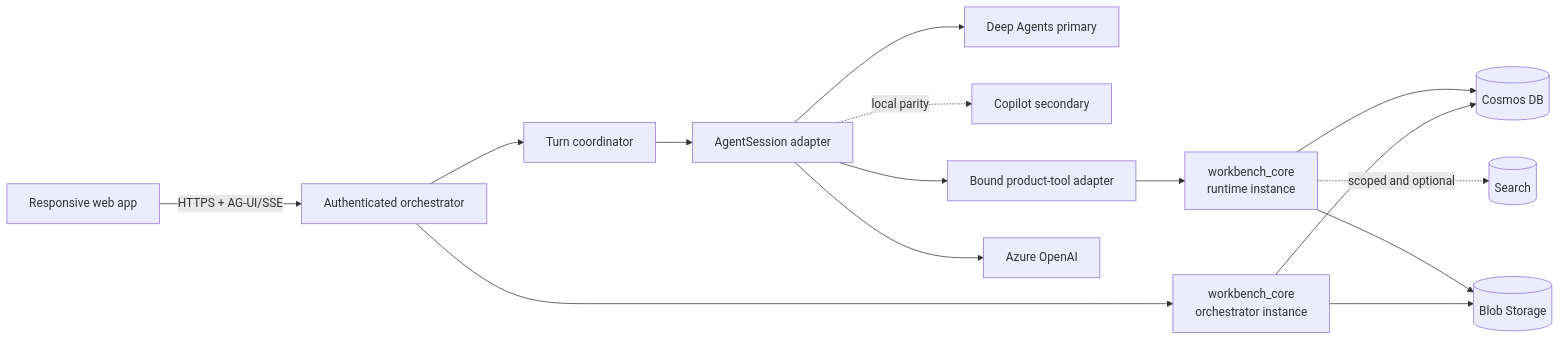
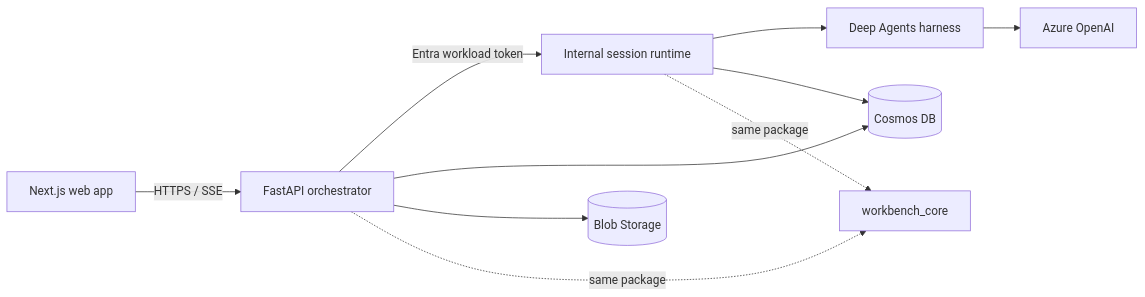
The diagram in docs/design.md (DanGiannone1/personal-assistant-agent-harness), drawn with Mermaid before and after one commit. The commit also changed other lines of this file and 19 other files, not shown here.

````diff
--- a/docs/design.md
+++ b/docs/design.md
@@ -151,17 +132,12 @@
 ```mermaid
 flowchart LR
-    B[Responsive web app] -->|HTTPS + AG-UI/SSE| O[Authenticated orchestrator]
-    O --> C[Turn coordinator]
-    O --> AO[workbench_core\norchestrator instance]
-    C --> H[AgentSession adapter]
-    H --> D[Deep Agents primary]
-    H -. local parity .-> P[Copilot secondary]
-    H --> T[Bound product-tool adapter]
-    T --> AR[workbench_core\nruntime instance]
-    AO --> DB[(Cosmos DB)]
-    AR --> DB
-    AO --> BL[(Blob Storage)]
-    AR --> BL
-    AR -. scoped and optional .-> S[(Search)]
+    U[Next.js web app] -->|HTTPS / SSE| A[FastAPI orchestrator]
+    A -->|Entra workload token| R[Internal session runtime]
+    R --> H[Deep Agents harness]
     H --> M[Azure OpenAI]
+    A --> C[(Cosmos DB)]
+    R --> C
+    A --> B[(Blob Storage)]
+    A -. same package .-> W[workbench_core]
+    R -. same package .-> W
 ```
````
